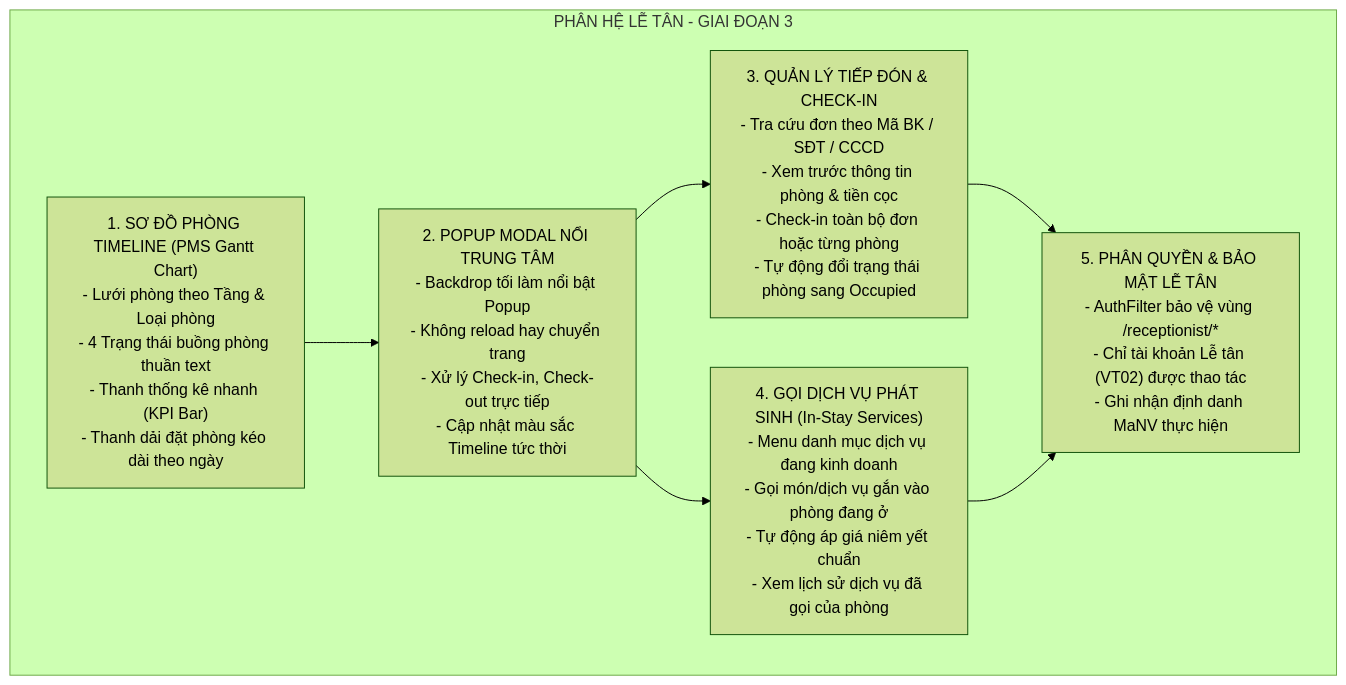
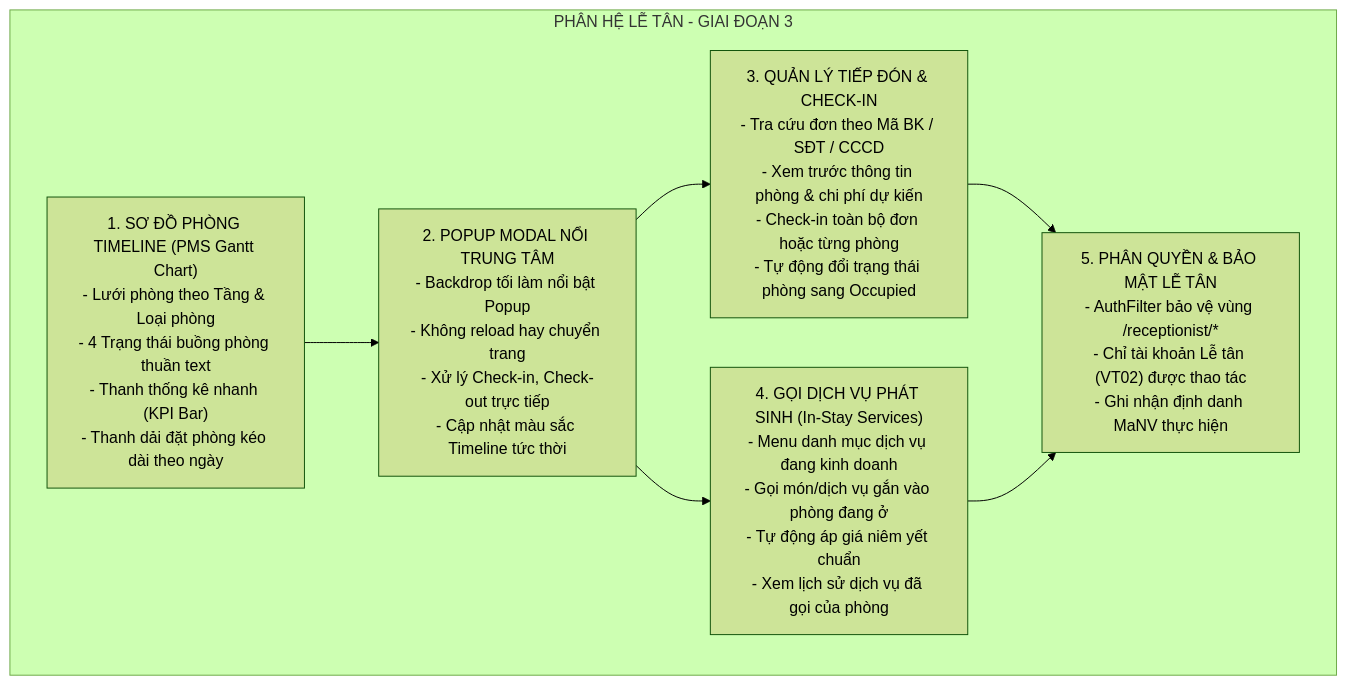
One commit to duongnguyen88454-droid/HotelManagerSystem changed the first of 2 diagrams in docs/02_Web_Application/BaoCao_ThucThi/01_KeHoach_ThucThi/KeHoach_ThucThi_GiaiDoan_3.md. Above: the diagram before and after it, drawn with Mermaid (forest theme). The commit also changed 5 other files, not shown here.

````diff
--- a/docs/02_Web_Application/BaoCao_ThucThi/01_KeHoach_ThucThi/KeHoach_ThucThi_GiaiDoan_3.md
+++ b/docs/02_Web_Application/BaoCao_ThucThi/01_KeHoach_ThucThi/KeHoach_ThucThi_GiaiDoan_3.md
@@ -43,16 +43,16 @@
 ```mermaid
 graph TD
     subgraph "PHÂN HỆ LỄ TÂN - GIAI ĐOẠN 3"
         F1["1. SƠ ĐỒ PHÒNG TIMELINE (PMS Gantt Chart)<br/>- Lưới phòng theo Tầng & Loại phòng<br/>- 4 Trạng thái buồng phòng thuần text<br/>- Thanh thống kê nhanh (KPI Bar)<br/>- Thanh dải đặt phòng kéo dài theo ngày"]
         F2["2. POPUP MODAL NỔI TRUNG TÂM<br/>- Backdrop tối làm nổi bật Popup<br/>- Không reload hay chuyển trang<br/>- Xử lý Check-in, Check-out trực tiếp<br/>- Cập nhật màu sắc Timeline tức thời"]
-        F3["3. QUẢN LÝ TIẾP ĐÓN & CHECK-IN<br/>- Tra cứu đơn theo Mã BK / SĐT / CCCD<br/>- Xem trước thông tin phòng & tiền cọc<br/>- Check-in toàn bộ đơn hoặc từng phòng<br/>- Tự động đổi trạng thái phòng sang Occupied"]
+        F3["3. QUẢN LÝ TIẾP ĐÓN & CHECK-IN<br/>- Tra cứu đơn theo Mã BK / SĐT / CCCD<br/>- Xem trước thông tin phòng & chi phí dự kiến<br/>- Check-in toàn bộ đơn hoặc từng phòng<br/>- Tự động đổi trạng thái phòng sang Occupied"]
         F4["4. GỌI DỊCH VỤ PHÁT SINH (In-Stay Services)<br/>- Menu danh mục dịch vụ đang kinh doanh<br/>- Gọi món/dịch vụ gắn vào phòng đang ở<br/>- Tự động áp giá niêm yết chuẩn<br/>- Xem lịch sử dịch vụ đã gọi của phòng"]
         F5["5. PHÂN QUYỀN & BẢO MẬT LỄ TÂN<br/>- AuthFilter bảo vệ vùng /receptionist/*<br/>- Chỉ tài khoản Lễ tân (VT02) được thao tác<br/>- Ghi nhận định danh MaNV thực hiện"]
     end
 
     F1 --> F2
     F2 --> F3
     F2 --> F4
     F3 --> F5
     F4 --> F5
 ```
````
